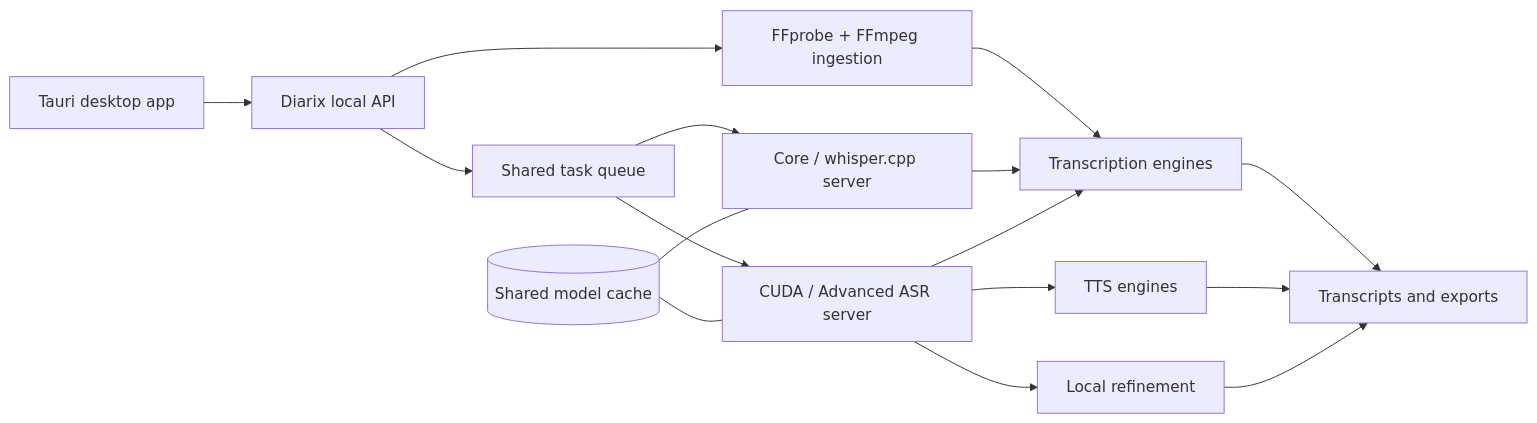
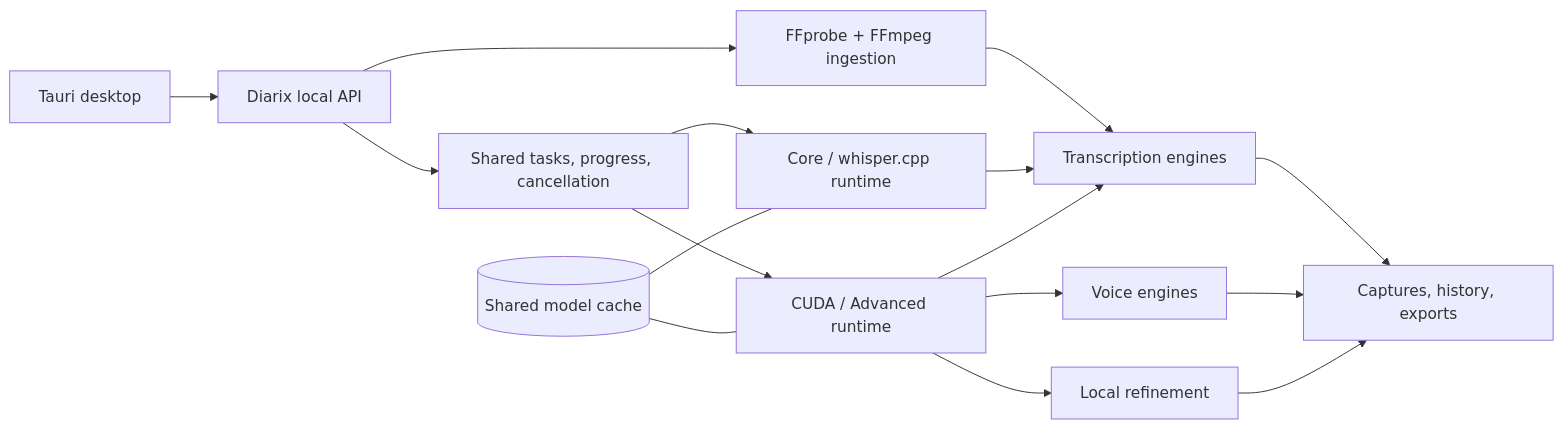
Before and after one commit to Yannam-Builds/Diarix: the second of 2 diagrams in README.md, drawn with Mermaid. The commit also changed other lines of this file and 15 other files, not shown here.

````diff
--- a/README.md
+++ b/README.md
@@ -83,18 +85,18 @@
 ```mermaid
 flowchart LR
-    UI["Tauri desktop app"] --> API["Diarix local API"]
-    API --> TASKS["Shared task queue"]
+    UI["Tauri desktop"] --> API["Diarix local API"]
+    API --> TASKS["Shared tasks, progress, cancellation"]
     API --> MEDIA["FFprobe + FFmpeg ingestion"]
-    TASKS --> CORE["Core / whisper.cpp server"]
-    TASKS --> CUDA["CUDA / Advanced ASR server"]
+    TASKS --> CORE["Core / whisper.cpp runtime"]
+    TASKS --> CUDA["CUDA / Advanced runtime"]
     MEDIA --> STT["Transcription engines"]
     CORE --> STT
     CUDA --> STT
-    CUDA --> TTS["TTS engines"]
+    CUDA --> TTS["Voice engines"]
     CUDA --> LLM["Local refinement"]
-    STT --> HISTORY["Transcripts and exports"]
+    STT --> HISTORY["Captures, history, exports"]
     TTS --> HISTORY
     LLM --> HISTORY
     CACHE[("Shared model cache")] --- CORE
     CACHE --- CUDA
 ```
````
